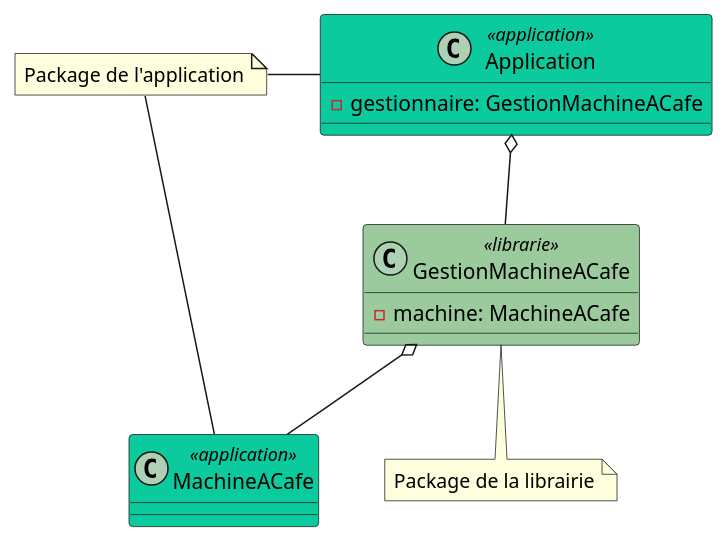
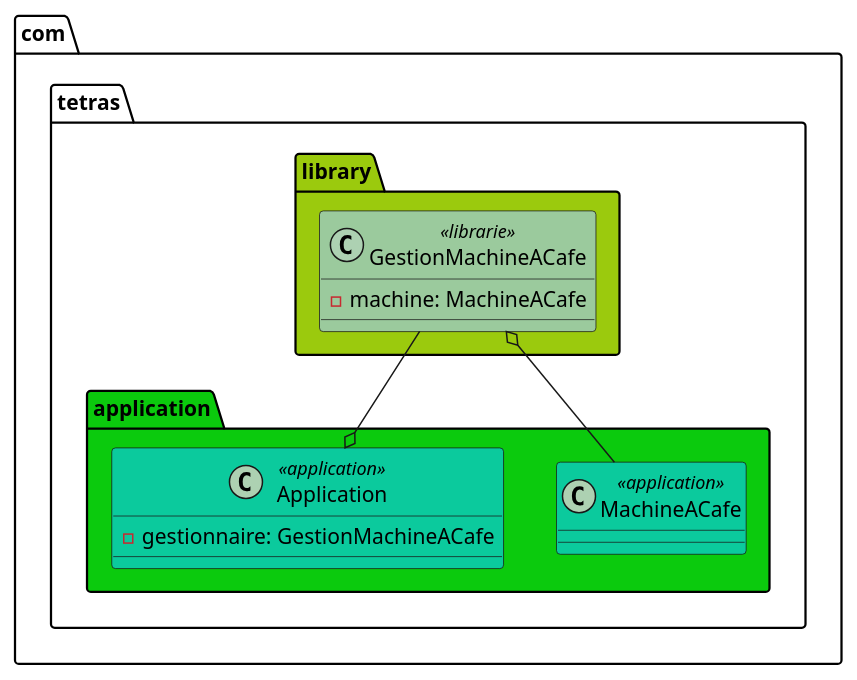
The diagram in src/uml/DependencyInjection.puml (jandry/design-pattern), drawn with PlantUML before and after one commit. The commit also changed 3 other files, not shown here.

Commit message:
Make appear package and rename librarie

```diff
--- a/src/uml/DependencyInjection.puml
+++ b/src/uml/DependencyInjection.puml
@@ -1,27 +1,25 @@
 @startuml Singleton
 
 skinparam class {
     BackgroundColor<<librarie>> #9bca9d
     BackgroundColor<<application>> #0bca9d
 }
 
-class GestionMachineACafe <<librarie>> {
-    - machine: MachineACafe
+package "com.tetras.library" #9bca0d {
+    class GestionMachineACafe <<librarie>> {
+        - machine: MachineACafe
+    }
 }
-note bottom of GestionMachineACafe
-  Package de la librairie
-end note
 
-class MachineACafe <<application>> 
-note "Package de l'application" as NoteApplication
-NoteApplication - MachineACafe
-NoteApplication - Application
 
-class Application <<application>> {
-    - gestionnaire: GestionMachineACafe
+package "com.tetras.application" #0bca0d {
+    class MachineACafe <<application>> 
+    class Application <<application>> {
+        - gestionnaire: GestionMachineACafe
+    }
 }
 
 Application o-- GestionMachineACafe
 GestionMachineACafe o-- MachineACafe
 
 @enduml
```
